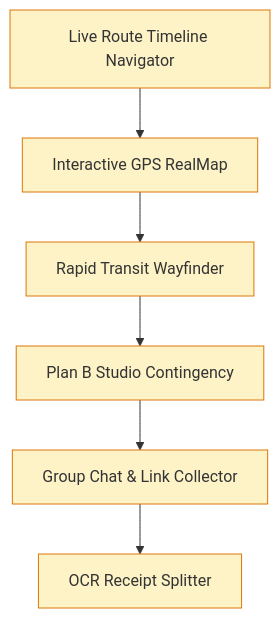
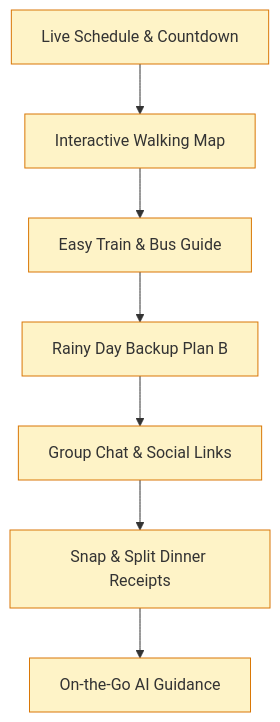
Before and after one commit to sharonxinn/Plan_Trip: diagram 12 of 15 in README.md, drawn with Mermaid. The commit also changed other lines of this file and 21 other files, not shown here.

````diff
--- a/README.md
+++ b/README.md
@@ -604,14 +647,16 @@
 ```mermaid
 graph TD
-    G[Live Route Timeline Navigator] --> H[Interactive GPS RealMap]
-    H --> I[Rapid Transit Wayfinder]
-    I --> J[Plan B Studio Contingency]
-    J --> K[Group Chat & Link Collector]
-    K --> L[OCR Receipt Splitter]
+    G[Live Schedule & Countdown] --> H[Interactive Walking Map]
+    H --> I[Easy Train & Bus Guide]
+    I --> J[Rainy Day Backup Plan B]
+    J --> K[Group Chat & Social Links]
+    K --> L[Snap & Split Dinner Receipts]
+    L --> M[On-the-Go AI Guidance]
     style G fill:#fef3c7,stroke:#d97706
     style H fill:#fef3c7,stroke:#d97706
     style I fill:#fef3c7,stroke:#d97706
     style J fill:#fef3c7,stroke:#d97706
     style K fill:#fef3c7,stroke:#d97706
     style L fill:#fef3c7,stroke:#d97706
+    style M fill:#fef3c7,stroke:#d97706
 ```
````
